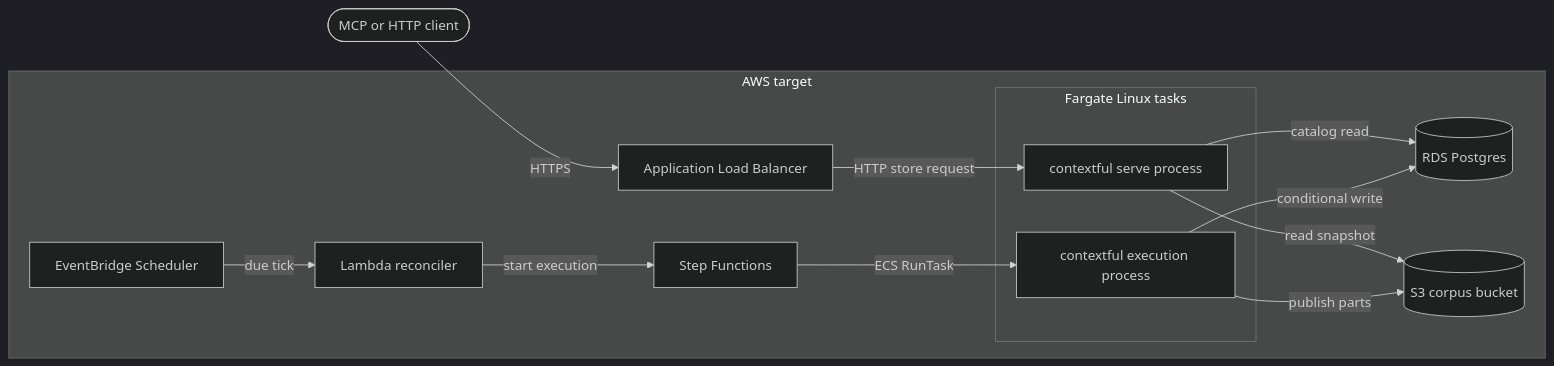
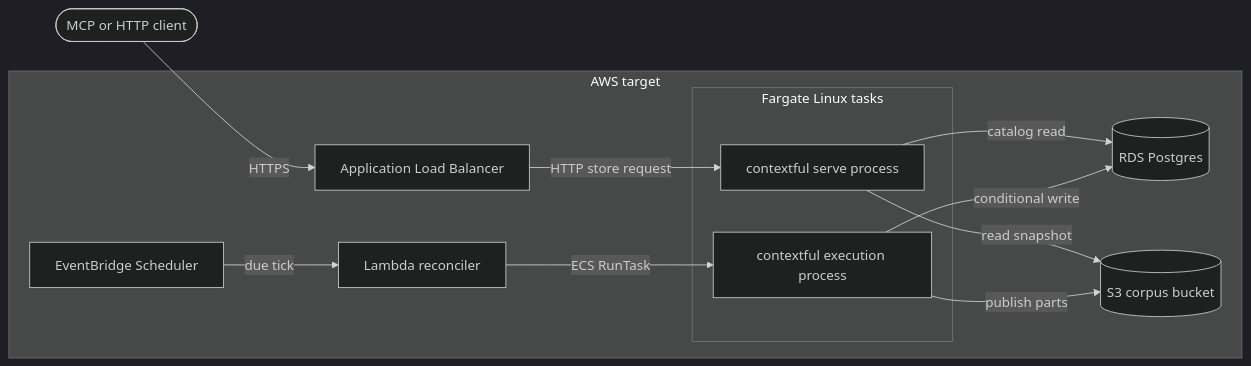
One commit to fractalboxdev/contextful changed the first of 3 diagrams in spec/targets.md. Above: the diagram before and after it, drawn with Mermaid (dark theme). The commit also changed other lines of this file and 15 other files, not shown here.

First line of the commit message:
spec(aws): settle role credentials, RDS CA, private ranges and drop Step Functions

````diff
--- a/spec/targets.md
+++ b/spec/targets.md
@@ -29,25 +29,23 @@
 ```mermaid
 flowchart LR
   CALLER(["MCP or HTTP client"]):::muted
   subgraph ACCOUNT["AWS target"]
     TICK["EventBridge Scheduler"]:::accent
     REC["Lambda reconciler"]:::accent
-    ORCH["Step Functions"]:::accent
     ALB["Application Load Balancer"]:::accent
     subgraph TASK["Fargate Linux tasks"]
       QUERY["contextful serve process"]:::accent
       RUN["contextful execution process"]:::accent
     end
     CAT[("RDS Postgres")]:::store
     OBJ[("S3 corpus bucket")]:::store
   end
   TICK -- "due tick" --> REC
-  REC -- "start execution" --> ORCH
-  ORCH -- "ECS RunTask" --> RUN
+  REC -- "ECS RunTask" --> RUN
   CALLER -- "HTTPS" --> ALB
   ALB -- "HTTP store request" --> QUERY
   QUERY -- "read snapshot" --> OBJ
   QUERY -- "catalog read" --> CAT
   RUN -- "conditional write" --> CAT
   RUN -- "publish parts" --> OBJ
 ```
````
